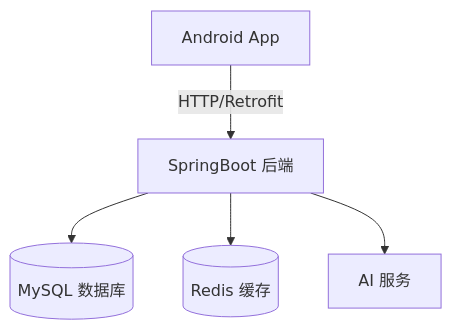
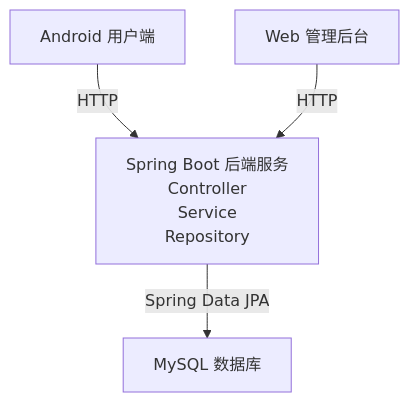
Before and after one commit to hx250000/School-Assistance-System: the diagram in README.md, drawn with Mermaid. The commit also changed other lines of this file and 8 other files, not shown here.

````diff
--- a/README.md
+++ b/README.md
@@ -36,7 +36,14 @@
 ```mermaid
-flowchart TD
-    A[Android App] -->|HTTP/Retrofit| B[SpringBoot 后端]
-    B --> C[(MySQL 数据库)]
-    B --> D[(Redis 缓存)]
-    B --> E[AI 服务]
+flowchart TB
+    A[Android 用户端]
+
+    B["Spring Boot 后端服务<br/>Controller<br/>Service<br/>Repository"]
+
+    C[MySQL 数据库]
+
+    D[Web 管理后台]
+
+    A -->|HTTP| B
+    B -->|Spring Data JPA| C
+    D -->|HTTP| B
 ```
````
